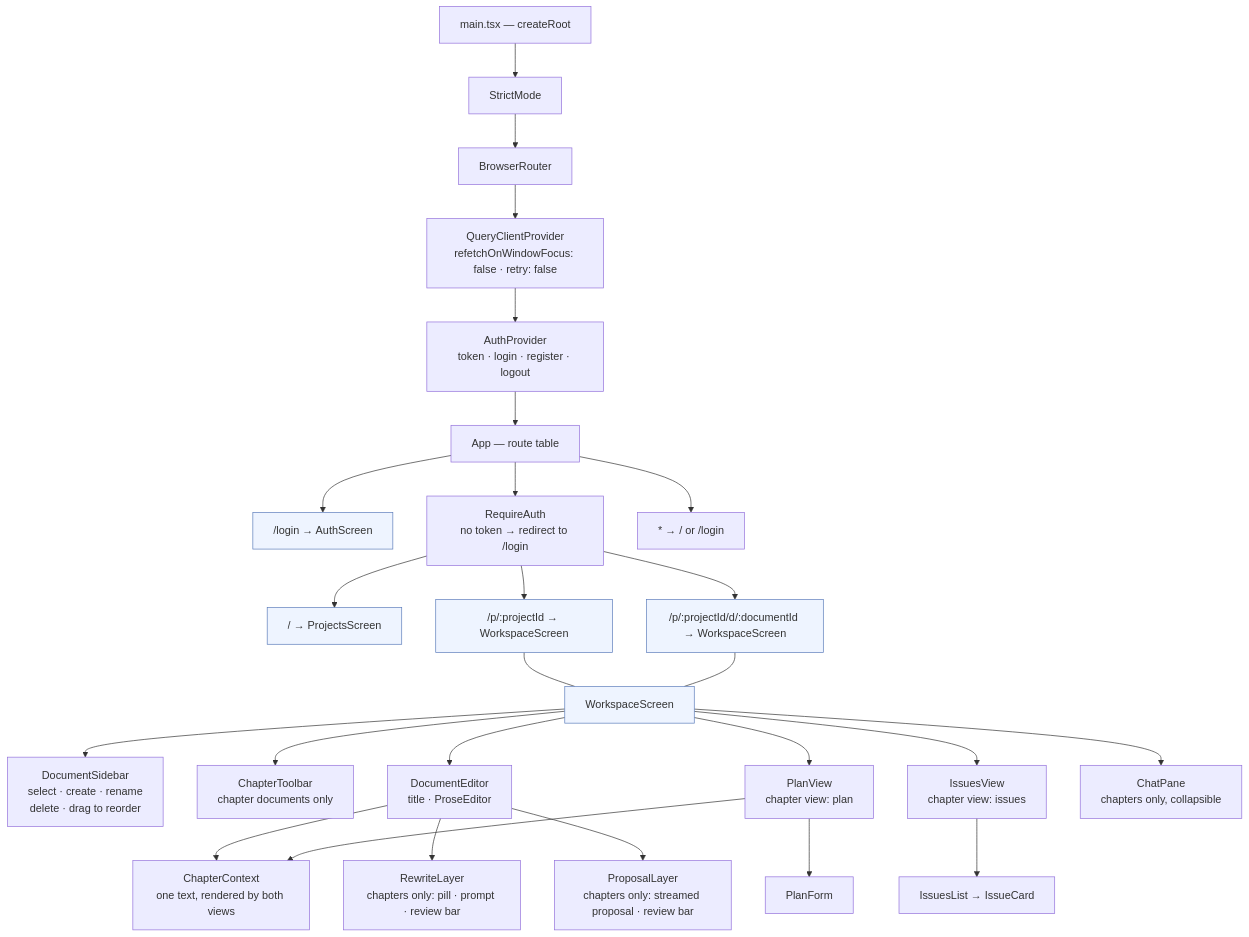
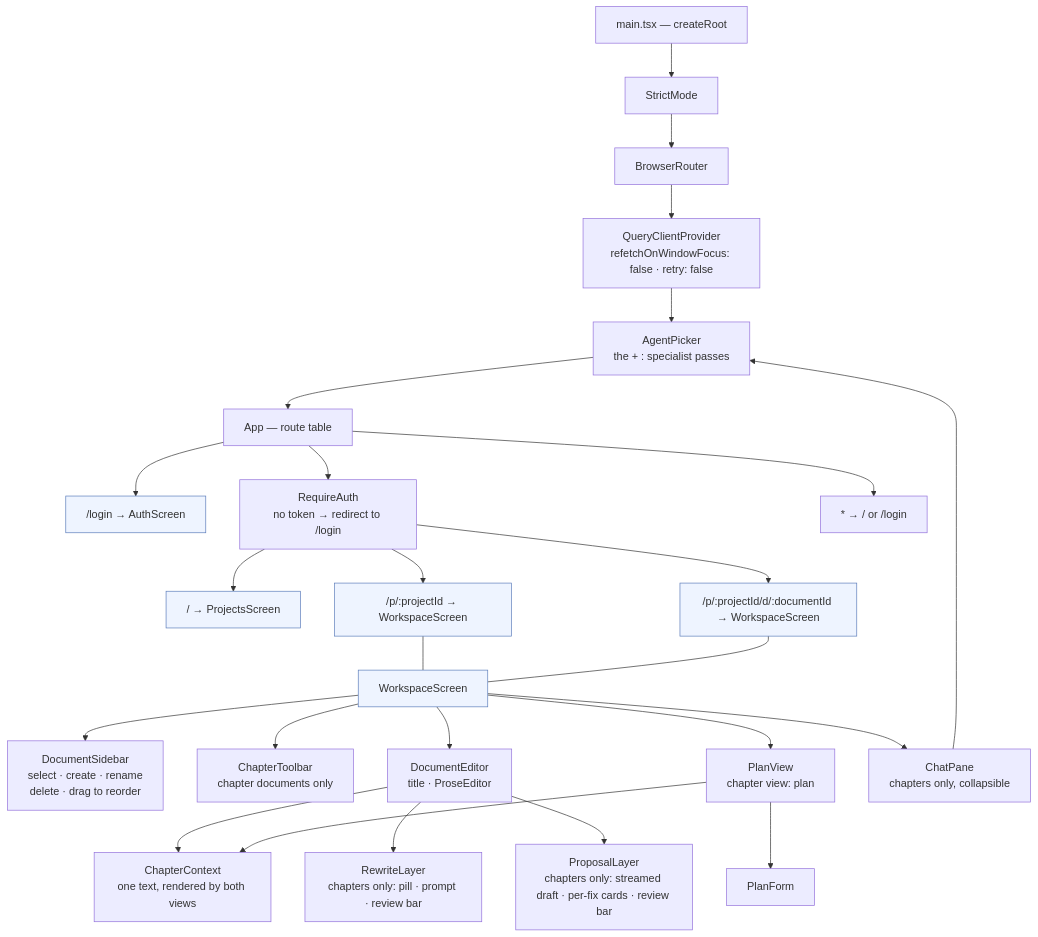
Before and after one commit to Akazz-L/maya: the first of 3 diagrams in docs/diagrams/04-frontend-architecture.md, drawn with Mermaid. The commit also changed other lines of this file and 60 other files, not shown here.

Commit message:
feat: Review passes in the chat, with fixes accepted one at a time (#20)

````diff
--- a/docs/diagrams/04-frontend-architecture.md
+++ b/docs/diagrams/04-frontend-architecture.md
@@ -8,34 +8,33 @@
 ```mermaid
 graph TD
     ROOT["main.tsx — createRoot"] --> SM["StrictMode"]
     SM --> BR["BrowserRouter"]
     BR --> QCP["QueryClientProvider<br/>refetchOnWindowFocus: false · retry: false"]
     QCP --> AP["AuthProvider<br/>token · login · register · logout"]
     AP --> APP["App — route table"]
 
     APP --> LOGIN["/login → AuthScreen"]
     APP --> GUARD["RequireAuth<br/>no token → redirect to /login"]
     APP --> CATCH["* → / or /login"]
 
     GUARD --> PROJ["/ → ProjectsScreen"]
     GUARD --> WS1["/p/:projectId → WorkspaceScreen"]
     GUARD --> WS2["/p/:projectId/d/:documentId → WorkspaceScreen"]
 
     WS1 --- WS["WorkspaceScreen"]
     WS2 --- WS
     WS --> SIDE["DocumentSidebar<br/>select · create · rename<br/>delete · drag to reorder"]
     WS --> TB["ChapterToolbar<br/>chapter documents only"]
     WS --> ED["DocumentEditor<br/>title · ProseEditor"]
     ED --> CC["ChapterContext<br/>one text, rendered by both views"]
     ED --> RL["RewriteLayer<br/>chapters only: pill · prompt · review bar"]
-    ED --> PL["ProposalLayer<br/>chapters only: streamed proposal · review bar"]
+    ED --> PL["ProposalLayer<br/>chapters only: streamed draft · per-fix cards · review bar"]
     WS --> PV["PlanView<br/>chapter view: plan"]
     PV --> PF["PlanForm"]
     PV --> CC
-    WS --> IV["IssuesView<br/>chapter view: issues"]
-    IV --> IL["IssuesList → IssueCard"]
     WS --> CP["ChatPane<br/>chapters only, collapsible"]
+    CP --> AP["AgentPicker<br/>the + : specialist passes"]
 
     classDef screen fill:#eef4ff,stroke:#5b7cba
     class LOGIN,PROJ,WS1,WS2,WS screen
 ```
````
